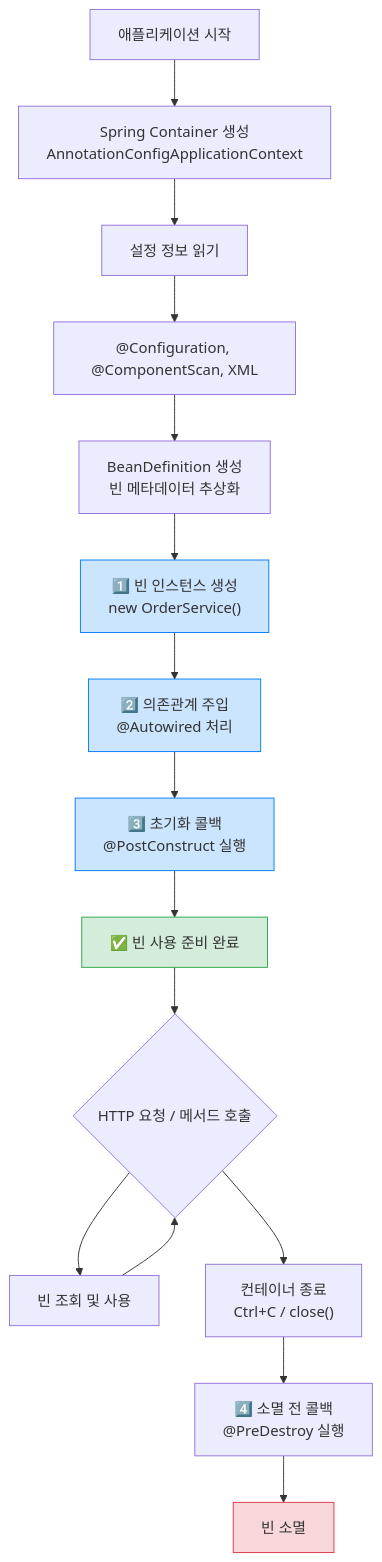
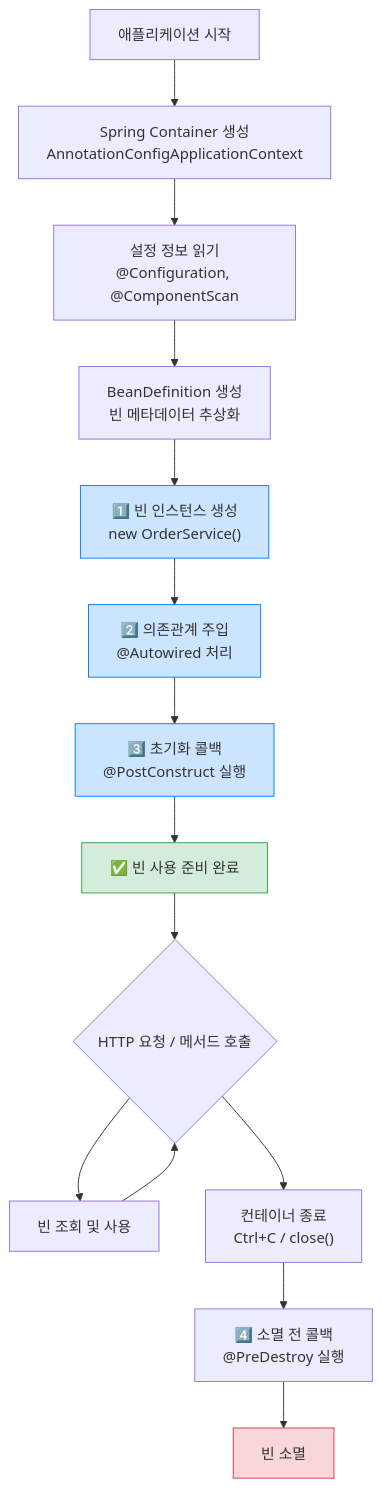
Before and after one commit to yjkim2015/yjkim2015.github.io: diagram 11 of 11 in _posts/spring/2026-05-02-spring-core-basic.md, drawn with Mermaid. The commit also changed other lines of this file and 92 other files, not shown here.

First line of the commit message:
Major quality rewrite: 98 files, Mermaid fix, extreme-scenario component

````diff
--- a/_posts/spring/2026-05-02-spring-core-basic.md
+++ b/_posts/spring/2026-05-02-spring-core-basic.md
@@ -969,24 +851,23 @@
 ```mermaid
 flowchart TD
     A["애플리케이션 시작"] --> B["Spring Container 생성\nAnnotationConfigApplicationContext"]
-    B --> C["설정 정보 읽기"]
-    C --> D["@Configuration, @ComponentScan, XML"]
-    D --> E["BeanDefinition 생성\n빈 메타데이터 추상화"]
-    E --> F["1️⃣ 빈 인스턴스 생성\nnew OrderService()"]
-    F --> G["2️⃣ 의존관계 주입\n@Autowired 처리"]
-    G --> H["3️⃣ 초기화 콜백\n@PostConstruct 실행"]
-    H --> I["✅ 빈 사용 준비 완료"]
-    I --> J{"HTTP 요청 / 메서드 호출"}
-    J --> K["빈 조회 및 사용"]
-    K --> J
-    J --> L["컨테이너 종료\nCtrl+C / close()"]
-    L --> M["4️⃣ 소멸 전 콜백\n@PreDestroy 실행"]
-    M --> N["빈 소멸"]
+    B --> C["설정 정보 읽기\n@Configuration, @ComponentScan"]
+    C --> D["BeanDefinition 생성\n빈 메타데이터 추상화"]
+    D --> E["1️⃣ 빈 인스턴스 생성\nnew OrderService()"]
+    E --> F["2️⃣ 의존관계 주입\n@Autowired 처리"]
+    F --> G["3️⃣ 초기화 콜백\n@PostConstruct 실행"]
+    G --> H["✅ 빈 사용 준비 완료"]
+    H --> I{"HTTP 요청 / 메서드 호출"}
+    I --> J["빈 조회 및 사용"]
+    J --> I
+    I --> K["컨테이너 종료\nCtrl+C / close()"]
+    K --> L["4️⃣ 소멸 전 콜백\n@PreDestroy 실행"]
+    L --> M["빈 소멸"]
 
     classDef green fill:#d4edda,stroke:#28a745
     classDef blue fill:#cce5ff,stroke:#007bff
     classDef red fill:#f8d7da,stroke:#dc3545
-    class I green
-    class F,G,H blue
-    class N red
+    class H green
+    class E,F,G blue
+    class M red
 ```
````
